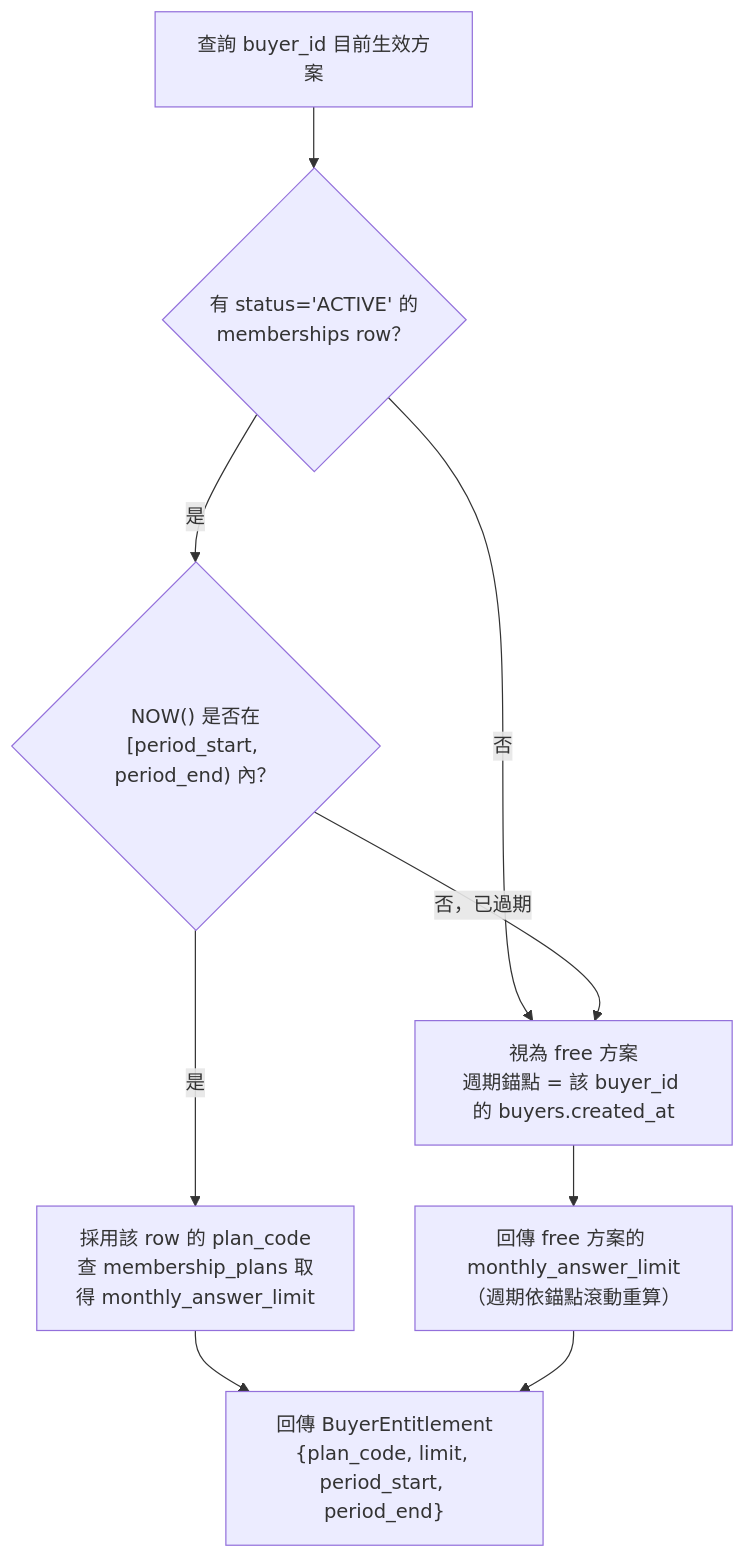
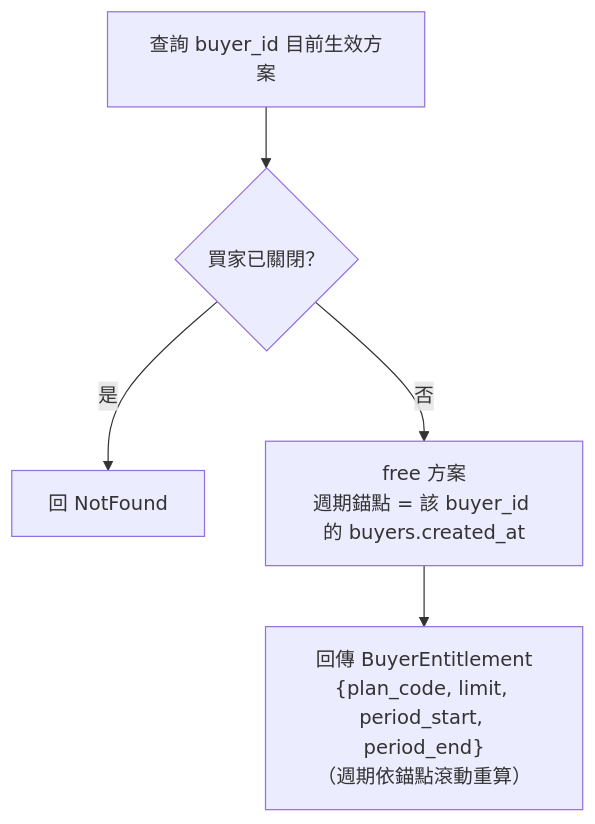
The third of 4 diagrams in backend/docs/詳細設計書/59-買家會員分級與 Agent 額度方案（Buyer Membership & Entitlement）詳細設計書.md (Will413028/hawkr), drawn with Mermaid before and after one commit. The commit also changed other lines of this file and 6 other files, not shown here.

First line of the commit message:
docs(backend): drop deleted RPC references from buyer.proto and update membership design doc

````diff
--- a/backend/docs/詳細設計書/59-買家會員分級與 Agent 額度方案（Buyer Membership & Entitlement）詳細設計書.md
+++ b/backend/docs/詳細設計書/59-買家會員分級與 Agent 額度方案（Buyer Membership & Entitlement）詳細設計書.md
@@ -162,11 +160,7 @@
 ```mermaid
 flowchart TD
-  Start["查詢 buyer_id 目前生效方案"] --> HasActive{"有 status='ACTIVE' 的<br/>memberships row？"}
-  HasActive -- 否 --> Free["視為 free 方案<br/>週期錨點 = 該 buyer_id 的 buyers.created_at"]
-  HasActive -- 是 --> InPeriod{"NOW() 是否在<br/>[period_start, period_end) 內？"}
-  InPeriod -- 是 --> UsePlan["採用該 row 的 plan_code<br/>查 membership_plans 取得 monthly_answer_limit"]
-  InPeriod -- 否，已過期 --> Free
-  Free --> Limit["回傳 free 方案的 monthly_answer_limit<br/>（週期依錨點滾動重算）"]
-  UsePlan --> Return["回傳 BuyerEntitlement<br/>{plan_code, limit, period_start, period_end}"]
-  Limit --> Return
+  Start["查詢 buyer_id 目前生效方案"] --> Closed{"買家已關閉？"}
+  Closed -- 是 --> NotFound["回 NotFound"]
+  Closed -- 否 --> Free["free 方案<br/>週期錨點 = 該 buyer_id 的 buyers.created_at"]
+  Free --> Return["回傳 BuyerEntitlement<br/>{plan_code, limit, period_start, period_end}<br/>（週期依錨點滾動重算）"]
 ```
````
